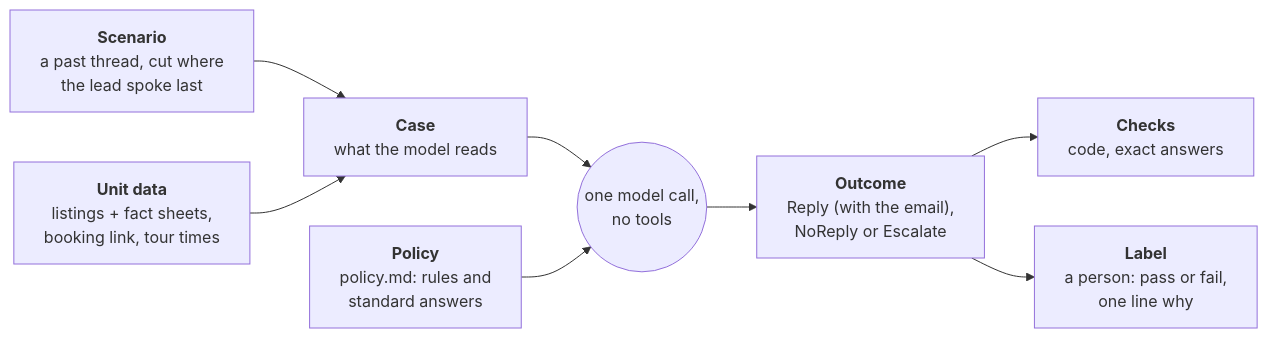
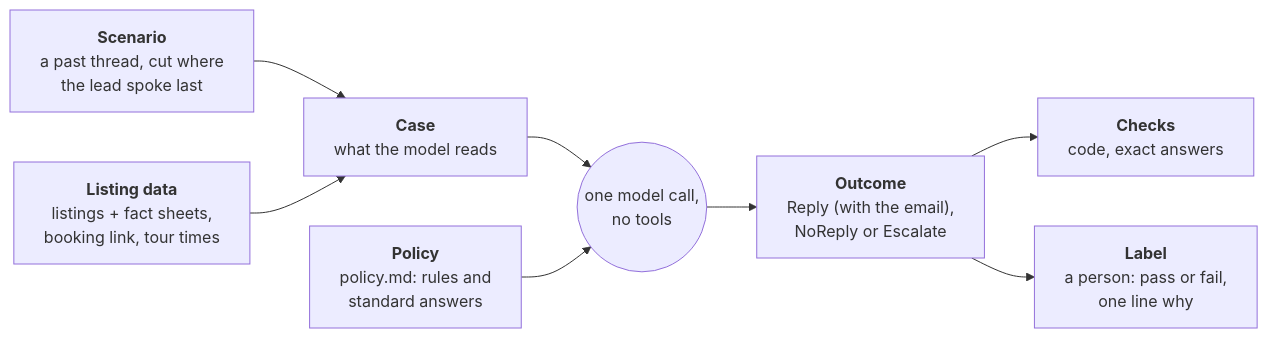
The first of 3 diagrams in api/src/sernia_ai/zillow_leads/README.md (EmilioEsposito/portfolio), drawn with Mermaid before and after one commit. The commit also changed other lines of this file and 15 other files, not shown here.

First line of the commit message:
Name the case builder's input ListingData, matching listing_data.py

````diff
--- a/api/src/sernia_ai/zillow_leads/README.md
+++ b/api/src/sernia_ai/zillow_leads/README.md
@@ -49,17 +49,17 @@
 ```mermaid
 flowchart LR
     S["<b>Scenario</b><br/>a past thread, cut where<br/>the lead spoke last"]
-    O["<b>Unit data</b><br/>listings + fact sheets,<br/>booking link, tour times"]
+    O["<b>Listing data</b><br/>listings + fact sheets,<br/>booking link, tour times"]
     C["<b>Case</b><br/>what the model reads"]
     P["<b>Policy</b><br/>policy.md: rules and<br/>standard answers"]
     D["<b>Outcome</b><br/>Reply (with the email),<br/>NoReply or Escalate"]
     K["<b>Checks</b><br/>code, exact answers"]
     L["<b>Label</b><br/>a person: pass or fail,<br/>one line why"]
     S --> C
     O --> C
     C --> M(("one model call,<br/>no tools"))
     P --> M
     M --> D
     D --> K
     D --> L
 ```
````
